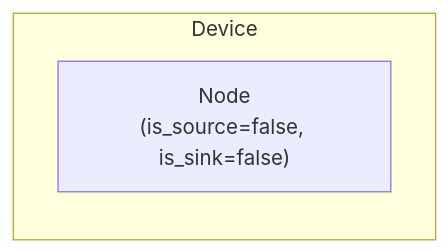
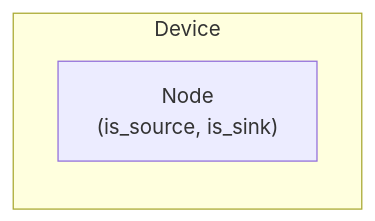
One commit to hass-energy/haeo changed the diagram in docs/modeling/device-layer/node.md. Above: the diagram before and after it, drawn with Mermaid. The commit also changed other lines of this file and 77 other files, not shown here.

First line of the commit message:
Add a Junction element for the Switchboard and keep Node source/sink

````diff
--- a/docs/modeling/device-layer/node.md
+++ b/docs/modeling/device-layer/node.md
@@ -7,6 +9,6 @@
 ```mermaid
 graph LR
     subgraph "Device"
-        NodeModel["Node<br/>(is_source=false, is_sink=false)"]
+        NodeModel["Node<br/>(is_source, is_sink)"]
     end
 ```
````
